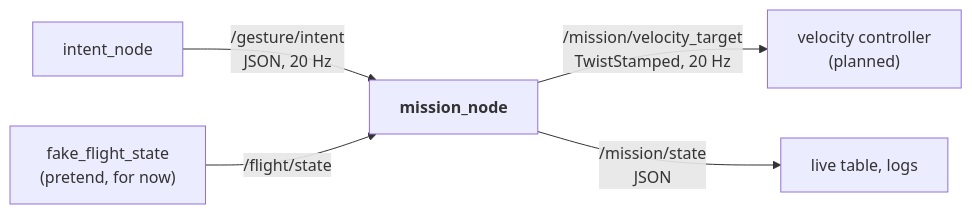
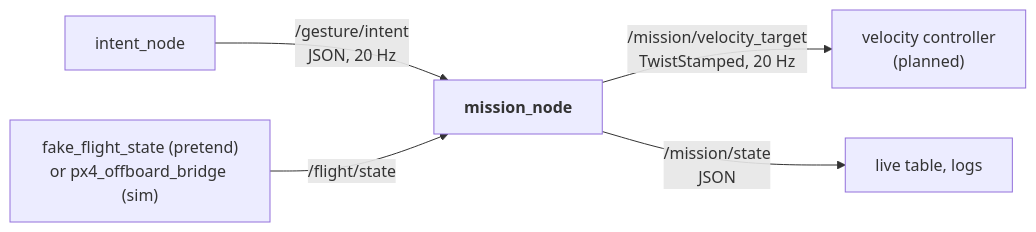
Before and after one commit to SEAME-pt/SEA-ME_Team1_ROSRangers: the first of 2 diagrams in docs/PraticalPlan/06 Gestures/04 Mission Node.md, drawn with Mermaid. The commit also changed other lines of this file and 19 other files, not shown here.

````diff
--- a/docs/PraticalPlan/06 Gestures/04 Mission Node.md
+++ b/docs/PraticalPlan/06 Gestures/04 Mission Node.md
@@ -33,7 +33,7 @@
 ```mermaid
 flowchart LR
   GN[intent_node] -->|"/gesture/intent<br/>JSON, 20 Hz"| M["<b>mission_node</b>"]
-  FFS["fake_flight_state<br/>(pretend, for now)"] -->|"/flight/state"| M
+  FFS["fake_flight_state (pretend)<br/>or px4_offboard_bridge (sim)"] -->|"/flight/state"| M
   M -->|"/mission/velocity_target<br/>TwistStamped, 20 Hz"| C["velocity controller<br/>(planned)"]
   M -->|"/mission/state<br/>JSON"| LOG["live table, logs"]
 ```
````
